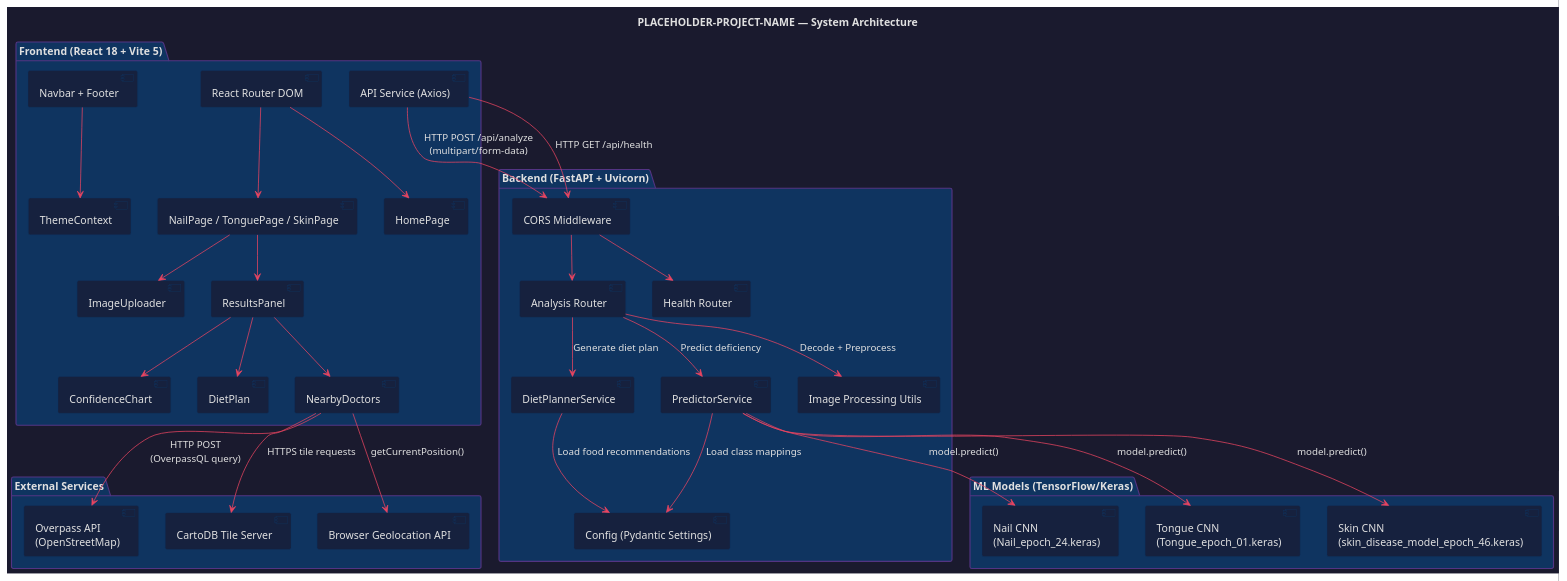
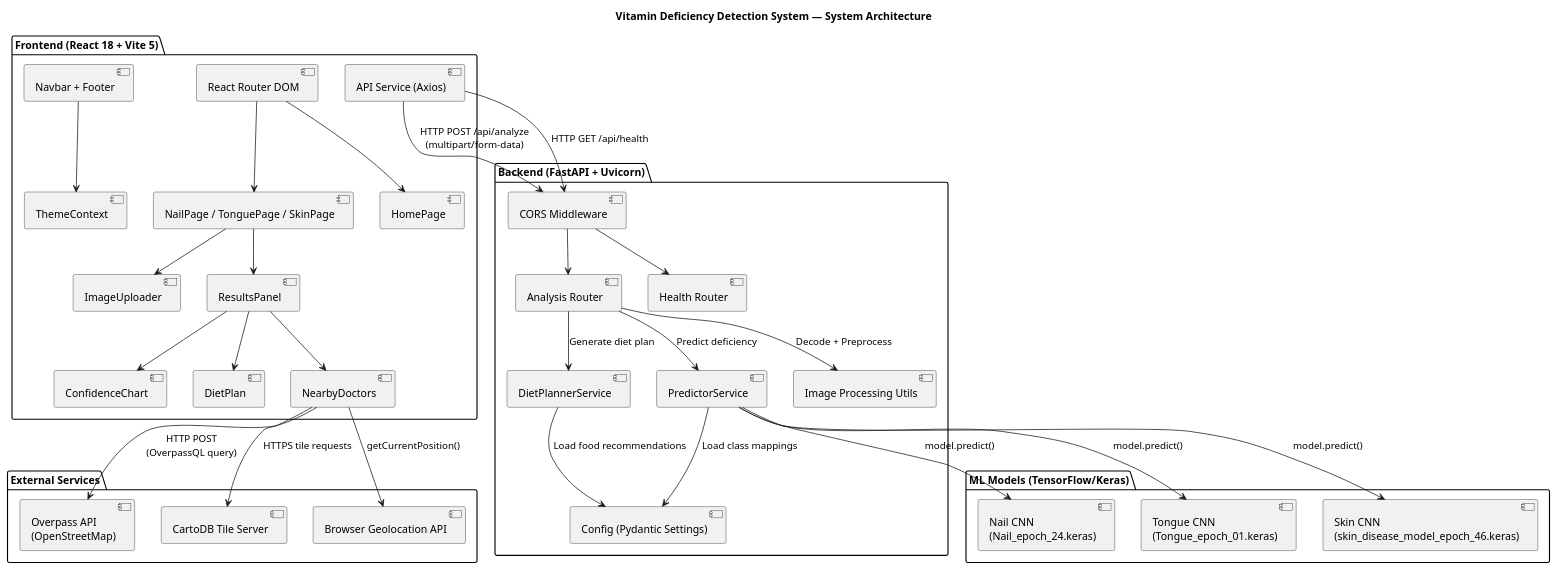
One commit to hahahasini/new-project changed the diagram in documentation/diagrams/architecture.puml. Above: the diagram before and after it, drawn with PlantUML. The commit also changed 76 other files, not shown here.

```diff
--- a/documentation/diagrams/architecture.puml
+++ b/documentation/diagrams/architecture.puml
@@ -1,88 +1,78 @@
 @startuml architecture
 ' ================================================================
-' PLACEHOLDER-PROJECT-NAME — System Architecture Diagram
-' Vitamin Deficiency Detection System
+' Vitamin Deficiency Detection System — System Architecture Diagram
 ' ================================================================
 
-skinparam backgroundColor #1a1a2e
-skinparam defaultFontColor #e0e0e0
-skinparam componentBackgroundColor #16213e
-skinparam componentBorderColor #0f3460
-skinparam packageBackgroundColor #0f3460
-skinparam packageBorderColor #533483
-skinparam arrowColor #e94560
-skinparam noteBorderColor #533483
-skinparam noteBackgroundColor #16213e
 
-title PLACEHOLDER-PROJECT-NAME — System Architecture
+title Vitamin Deficiency Detection System — System Architecture
 
 package "Frontend (React 18 + Vite 5)" as FE {
     [React Router DOM] as Router
     [HomePage] as Home
     [NailPage / TonguePage / SkinPage] as AnalysisPages
     [ImageUploader] as Uploader
     [ResultsPanel] as Results
     [ConfidenceChart] as Chart
     [DietPlan] as Diet
     [NearbyDoctors] as Doctors
     [Navbar + Footer] as Nav
     [ThemeContext] as Theme
     [API Service (Axios)] as ApiClient
 }
 
 package "Backend (FastAPI + Uvicorn)" as BE {
     [CORS Middleware] as CORS
     [Analysis Router] as AnalysisRouter
     [Health Router] as HealthRouter
     [PredictorService] as Predictor
     [DietPlannerService] as DietService
     [Image Processing Utils] as ImgUtils
     [Config (Pydantic Settings)] as Config
 }
 
 package "ML Models (TensorFlow/Keras)" as ML {
     [Nail CNN\n(Nail_epoch_24.keras)] as NailModel
     [Tongue CNN\n(Tongue_epoch_01.keras)] as TongueModel
     [Skin CNN\n(skin_disease_model_epoch_46.keras)] as SkinModel
 }
 
 package "External Services" as EXT {
     [Overpass API\n(OpenStreetMap)] as Overpass
     [CartoDB Tile Server] as Tiles
     [Browser Geolocation API] as GeoAPI
 }
 
 ' Frontend internal flow
 Router --> Home
 Router --> AnalysisPages
 AnalysisPages --> Uploader
 AnalysisPages --> Results
 Results --> Chart
 Results --> Diet
 Results --> Doctors
 Nav --> Theme
 
 ' Frontend → Backend
 ApiClient --> CORS : "HTTP POST /api/analyze\n(multipart/form-data)"
 ApiClient --> CORS : "HTTP GET /api/health"
 
 ' Backend internal flow
 CORS --> AnalysisRouter
 CORS --> HealthRouter
 AnalysisRouter --> ImgUtils : "Decode + Preprocess"
 AnalysisRouter --> Predictor : "Predict deficiency"
 AnalysisRouter --> DietService : "Generate diet plan"
 Predictor --> Config : "Load class mappings"
 DietService --> Config : "Load food recommendations"
 
 ' Backend → ML Models
 Predictor --> NailModel : "model.predict()"
 Predictor --> TongueModel : "model.predict()"
 Predictor --> SkinModel : "model.predict()"
 
 ' Frontend → External
 Doctors --> GeoAPI : "getCurrentPosition()"
 Doctors --> Overpass : "HTTP POST\n(OverpassQL query)"
 Doctors --> Tiles : "HTTPS tile requests"
 
 @enduml
```
